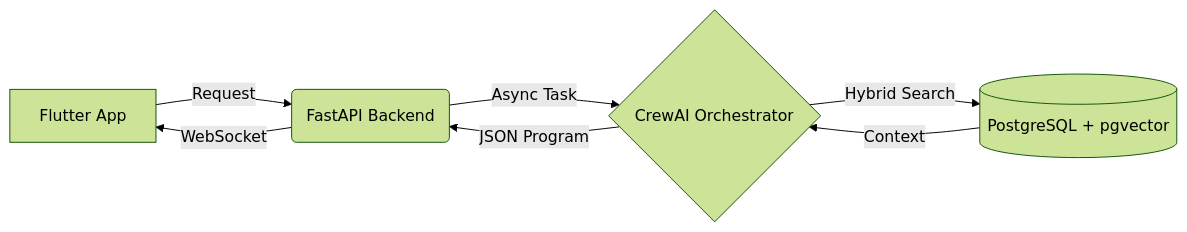
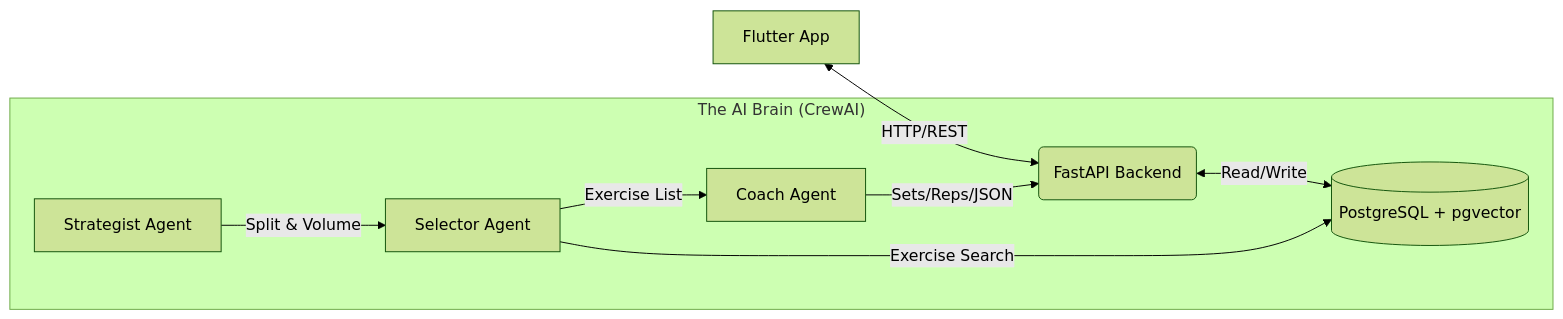
Before and after one commit to EmanueleCeglia/LazyTrainerApp: the diagram in README.md, drawn with Mermaid (forest theme). The commit also changed other lines of this file, not shown here.

````diff
--- a/README.md
+++ b/README.md
@@ -13,10 +13,13 @@
 ```mermaid
 graph LR
-    A[Flutter App] -->|Request| B(FastAPI Backend)
-    B -->|Async Task| C{CrewAI Orchestrator}
-    C -->|Hybrid Search| D[(PostgreSQL + pgvector)]
-    D -->|Context| C
-    C -->|JSON Program| B
-    B -->|WebSocket| A
+    A[Flutter App] <-->|HTTP/REST| B(FastAPI Backend)
+    B <-->|Read/Write| D[(PostgreSQL + pgvector)]
+    
+    subgraph "The AI Brain (CrewAI)"
+        S[Strategist Agent] -->|Split & Volume| L[Selector Agent]
+        L -->|Exercise Search| D
+        L -->|Exercise List| C[Coach Agent]
+        C -->|Sets/Reps/JSON| B
+    end
 
 ```
````
